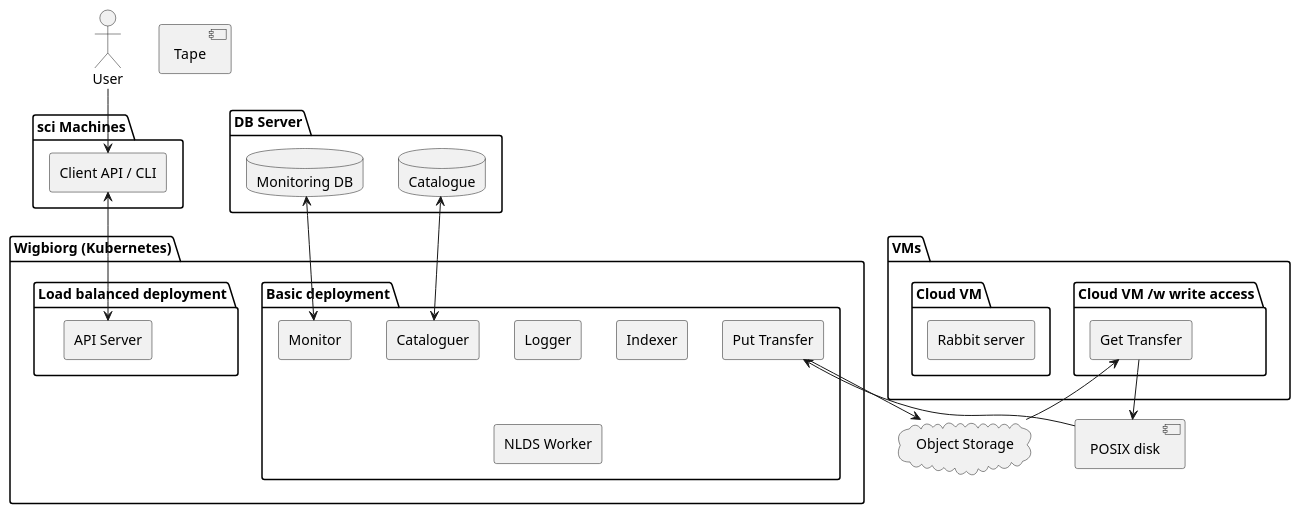
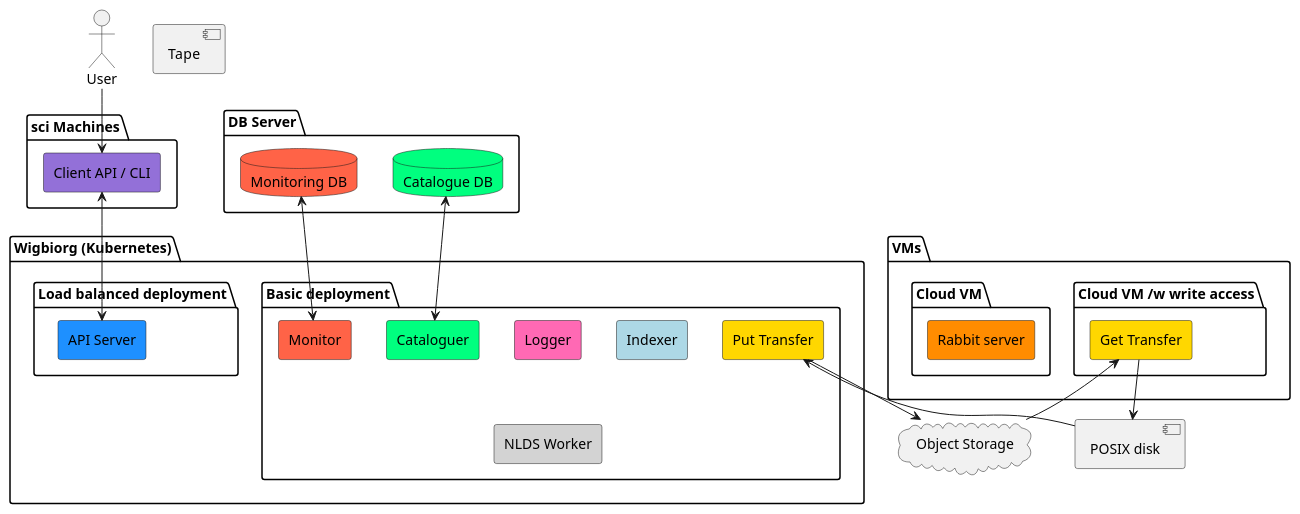
One commit to cedadev/nlds changed the diagram in docs/spec/uml/deployment_2022-12-07.puml. Above: the diagram before and after it, drawn with PlantUML. The commit also changed 1 other file, not shown here.

Commit message:
Add some colour to deployment diagram

```diff
--- a/docs/spec/uml/deployment_2022-12-07.puml
+++ b/docs/spec/uml/deployment_2022-12-07.puml
@@ -1,58 +1,58 @@
 @startuml deployment
 
 actor user as "User"
 package sci_machines as "sci Machines"{
-    agent client as "Client API / CLI"
+    agent client as "Client API / CLI" #MediumPurple
 }
 
 component posix as "POSIX disk"
 cloud object_storage as "Object Storage"
 component tape as "Tape"
 
 package kubernetes as "Wigbiorg (Kubernetes)" {
     package consumers as "Basic deployment" {
-        agent logger as "Logger"
-        agent indexer as "Indexer"
-        agent transfer_put as "Put Transfer"
-        agent nlds_worker as "NLDS Worker"
-        agent monitoring as "Monitor"
-        agent cataloguer as "Cataloguer"
+        agent logger as "Logger" #hotpink
+        agent indexer as "Indexer" #LightBlue
+        agent transfer_put as "Put Transfer" #gold
+        agent nlds_worker as "NLDS Worker" #lightgrey
+        agent monitoring as "Monitor" #tomato
+        agent cataloguer as "Cataloguer" #springgreen
     }
     package nginx as "Load balanced deployment"{
-        agent api_server as "API Server"
+        agent "API Server" as api_server #DodgerBlue 
     }  
 }
 package vms as "VMs"{
     package cloud_vm_consumer as "Cloud VM /w write access"{
-        agent transfer_get as "Get Transfer" 
+        agent transfer_get as "Get Transfer" #gold
     }
 
     package cloud_vm_rabbit as "Cloud VM"{
-        agent rabbit_server as "Rabbit server" 
+        agent rabbit_server as "Rabbit server" #DarkOrange
     }
 }
 package db_server as "DB Server"{
-    database catalogue_db as "Catalogue"
-    database monitoring_db as "Monitoring DB"
+    database catalogue_db as "Catalogue DB" #springgreen
+    database monitoring_db as "Monitoring DB" #tomato
 }
 
 user-->client
 client<-->api_server
 ' api_server-->rabbit_server
 ' message_broker <--> micro_service_1
 ' message_broker <--> micro_service_2
 ' message_broker <--> micro_service_3
 ' micro_service_3 --> monitoring
 ' micro_service_1 --> catalogue
 ' monitoring <--> api_server
 ' cataloguer <--> api_server
 catalogue_db <--> cataloguer
 monitoring_db <--> monitoring
 ' micro_service_3 <--> transfer
 transfer_put --> object_storage
 transfer_put <-- posix
 transfer_get <-- object_storage
 transfer_get --> posix
 ' transfer <--> tape
 
 @enduml 
```
